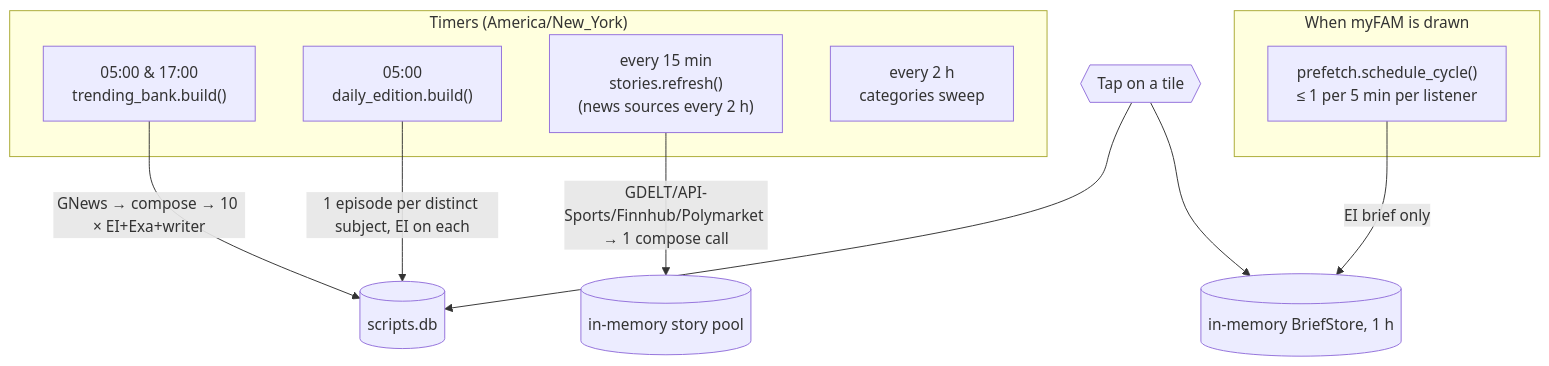
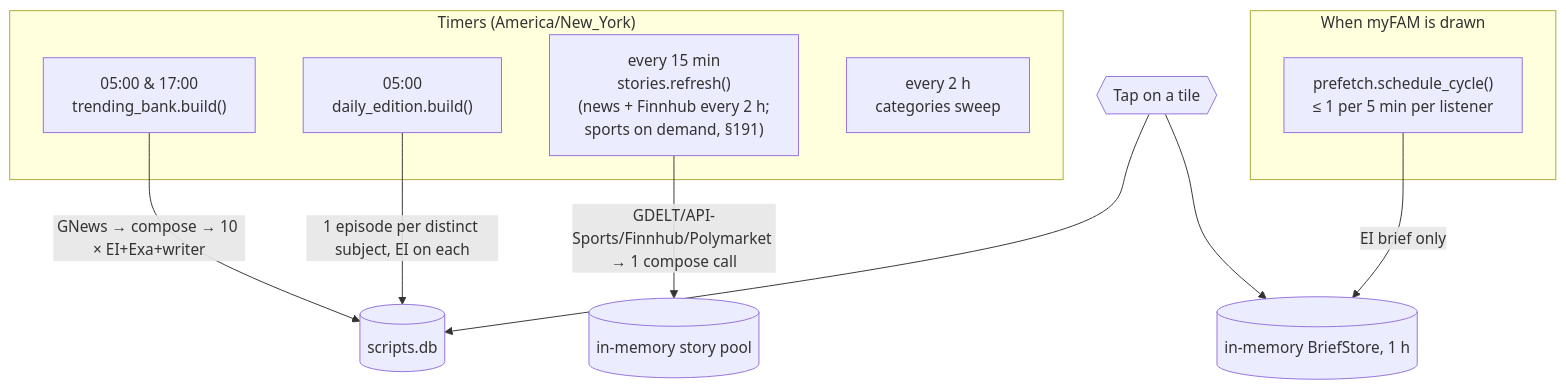
The third of 5 diagrams in docs/BACKEND.md (tjweingart-byte/FAM), drawn with Mermaid before and after one commit. The commit also changed other lines of this file and 9 other files, not shown here.

````diff
--- a/docs/BACKEND.md
+++ b/docs/BACKEND.md
@@ -148,18 +148,18 @@
 ```mermaid
 flowchart TB
   subgraph Timers["Timers (America/New_York)"]
     T1["05:00 & 17:00<br/>trending_bank.build()"]
     T2["05:00<br/>daily_edition.build()"]
-    T3["every 15 min<br/>stories.refresh()<br/>(news sources every 2 h)"]
+    T3["every 15 min<br/>stories.refresh()<br/>(news + Finnhub every 2 h;<br/>sports on demand, §191)"]
     T4["every 2 h<br/>categories sweep"]
   end
   subgraph OnView["When myFAM is drawn"]
     T5["prefetch.schedule_cycle()<br/>≤ 1 per 5 min per listener"]
   end
   T1 -->|GNews → compose → 10 × EI+Exa+writer| CACHE[(scripts.db)]
   T2 -->|1 episode per distinct subject, EI on each| CACHE
   T3 -->|GDELT/API-Sports/Finnhub/Polymarket → 1 compose call| POOL[(in-memory story pool)]
   T5 -->|EI brief only| BRIEFS[(in-memory BriefStore, 1 h)]
   TAP{{Tap on a tile}} --> CACHE
   TAP --> BRIEFS
 ```
````
